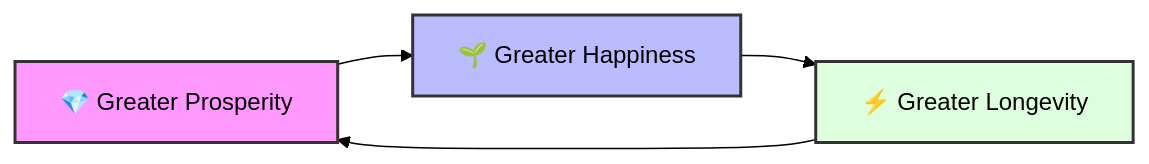
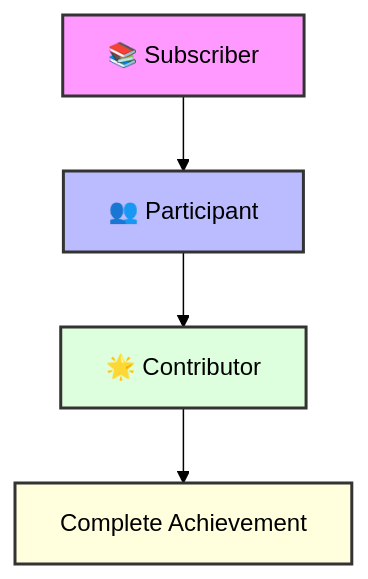
The first of 4 diagrams in docs/UNIFIED-PLATFORM.md (neothink-dao/neothink.io), drawn with Mermaid (forest theme) before and after one commit. The commit also changed other lines of this file and 1 other file, not shown here.

Commit message:
Add core user roles: Subscriber, Participant, and Contributor

````diff
--- a/docs/UNIFIED-PLATFORM.md
+++ b/docs/UNIFIED-PLATFORM.md
@@ -7,9 +7,10 @@
 ```mermaid
-graph LR
-    A[💎 Greater Prosperity] --> B[🌱 Greater Happiness]
-    B --> C[⚡ Greater Longevity]
-    C --> A
+graph TD
+    A[📚 Subscriber] --> B[👥 Participant]
+    B --> C[🌟 Contributor]
+    C --> D[Complete Achievement]
     style A fill:#f9f,stroke:#333,stroke-width:2px
     style B fill:#bbf,stroke:#333,stroke-width:2px
     style C fill:#dfd,stroke:#333,stroke-width:2px
+    style D fill:#ffd,stroke:#333,stroke-width:2px
 ```
````
